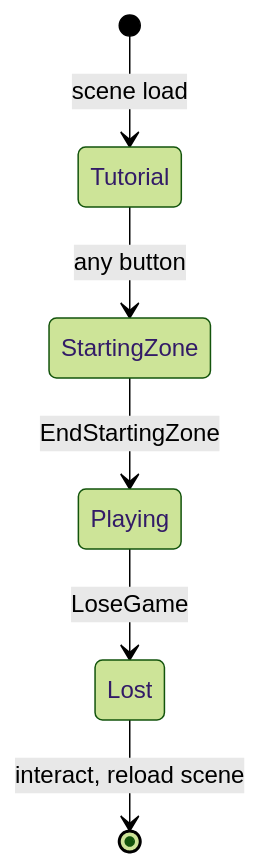
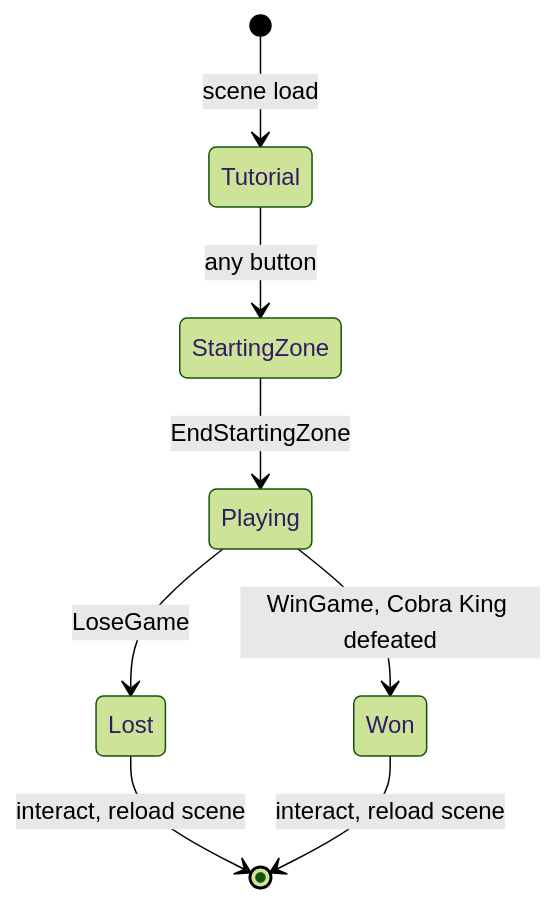
Before and after one commit to CSCI-526/Team4-Lu_Lu: the second of 2 diagrams in docs/monkobra-tdd.md, drawn with Mermaid (forest theme). The commit also changed other lines of this file and 29 other files, not shown here.

````diff
--- a/docs/monkobra-tdd.md
+++ b/docs/monkobra-tdd.md
@@ -69,8 +69,10 @@
 ```mermaid
 stateDiagram-v2
   [*] --> Tutorial: scene load
   Tutorial --> StartingZone: any button
   StartingZone --> Playing: EndStartingZone
   Playing --> Lost: LoseGame
   Lost --> [*]: interact, reload scene
+  Playing --> Won: WinGame, Cobra King defeated
+  Won --> [*]: interact, reload scene
 ```
````
